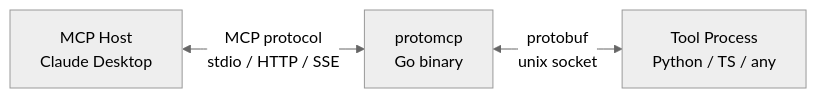
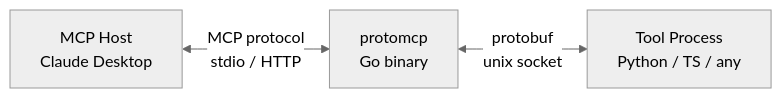
One commit to msilverblatt/protomcp changed the first of 4 diagrams in docs/src/content/docs/getting-started/how-it-works.mdx. Above: the diagram before and after it, drawn with Mermaid (neutral theme). The commit also changed other lines of this file and 24 other files, not shown here.

````diff
--- a/docs/src/content/docs/getting-started/how-it-works.mdx
+++ b/docs/src/content/docs/getting-started/how-it-works.mdx
@@ -11,5 +11,5 @@
 ```mermaid
 graph LR
-    A[MCP Host<br/>Claude Desktop] <-->|MCP protocol<br/>stdio / HTTP / SSE| B[protomcp<br/>Go binary]
+    A[MCP Host<br/>Claude Desktop] <-->|MCP protocol<br/>stdio / HTTP| B[protomcp<br/>Go binary]
     B <-->|protobuf<br/>unix socket| C[Tool Process<br/>Python / TS / any]
 ```
````
